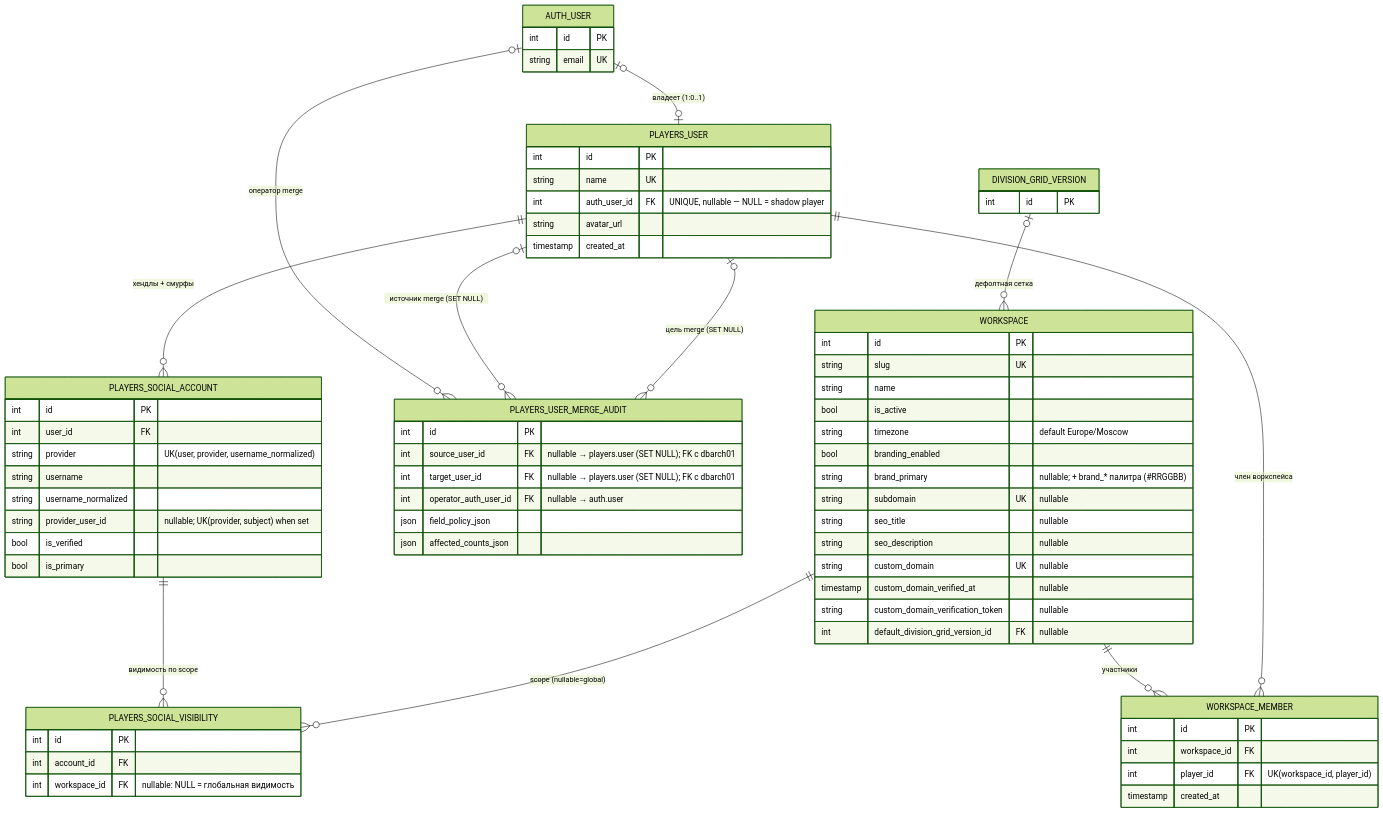
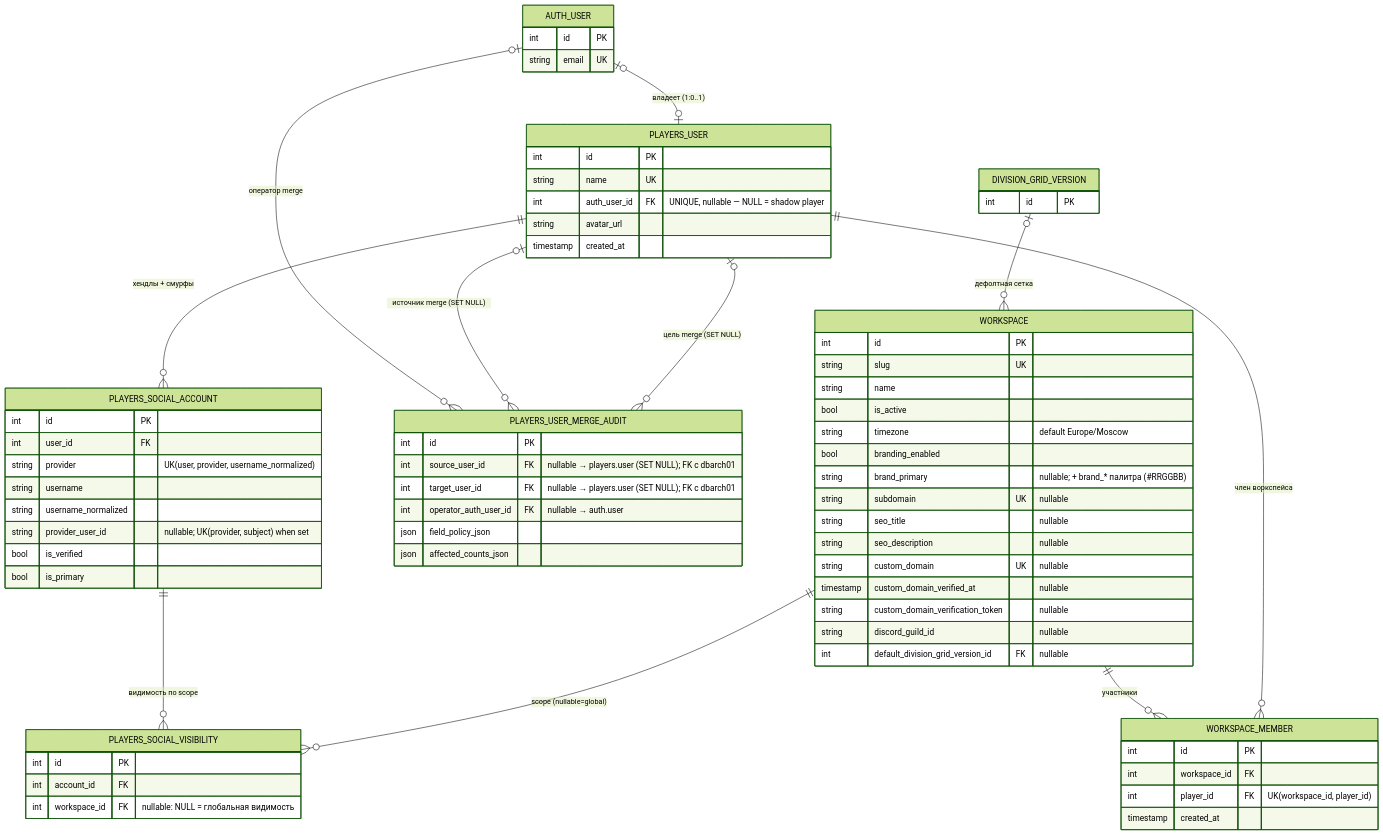
The third of 13 diagrams in docs/database_erd.md (CraazzzyyFoxx/anak-tournaments), drawn with Mermaid (forest theme) before and after one commit. The commit also changed other lines of this file and 4 other files, not shown here.

Commit message:
docs: record the workspace discord guild

````diff
--- a/docs/database_erd.md
+++ b/docs/database_erd.md
@@ -248,73 +248,74 @@
 ```mermaid
 erDiagram
     AUTH_USER {
         int id PK
         string email UK
     }
     PLAYERS_USER {
         int id PK
         string name UK
         int auth_user_id FK "UNIQUE, nullable — NULL = shadow player"
         string avatar_url
         timestamp created_at
     }
     PLAYERS_SOCIAL_ACCOUNT {
         int id PK
         int user_id FK
         string provider "UK(user, provider, username_normalized)"
         string username
         string username_normalized
         string provider_user_id "nullable; UK(provider, subject) when set"
         bool is_verified
         bool is_primary
     }
     PLAYERS_SOCIAL_VISIBILITY {
         int id PK
         int account_id FK
         int workspace_id FK "nullable: NULL = глобальная видимость"
     }
     PLAYERS_USER_MERGE_AUDIT {
         int id PK
         int source_user_id FK "nullable → players.user (SET NULL); FK с dbarch01"
         int target_user_id FK "nullable → players.user (SET NULL); FK с dbarch01"
         int operator_auth_user_id FK "nullable → auth.user"
         json field_policy_json
         json affected_counts_json
     }
     WORKSPACE {
         int id PK
         string slug UK
         string name
         bool is_active
         string timezone "default Europe/Moscow"
         bool branding_enabled
         string brand_primary "nullable; + brand_* палитра (#RRGGBB)"
         string subdomain UK "nullable"
         string seo_title "nullable"
         string seo_description "nullable"
         string custom_domain UK "nullable"
         timestamp custom_domain_verified_at "nullable"
         string custom_domain_verification_token "nullable"
+        string discord_guild_id "nullable"
         int default_division_grid_version_id FK "nullable"
     }
     WORKSPACE_MEMBER {
         int id PK
         int workspace_id FK
         int player_id FK "UK(workspace_id, player_id)"
         timestamp created_at
     }
     DIVISION_GRID_VERSION {
         int id PK
     }
 
     AUTH_USER |o--o| PLAYERS_USER : "владеет (1:0..1)"
     PLAYERS_USER ||--o{ PLAYERS_SOCIAL_ACCOUNT : "хендлы + смурфы"
     PLAYERS_SOCIAL_ACCOUNT ||--o{ PLAYERS_SOCIAL_VISIBILITY : "видимость по scope"
     WORKSPACE ||--o{ PLAYERS_SOCIAL_VISIBILITY : "scope (nullable=global)"
     AUTH_USER |o--o{ PLAYERS_USER_MERGE_AUDIT : "оператор merge"
     PLAYERS_USER |o--o{ PLAYERS_USER_MERGE_AUDIT : "источник merge (SET NULL)"
     PLAYERS_USER |o--o{ PLAYERS_USER_MERGE_AUDIT : "цель merge (SET NULL)"
     WORKSPACE ||--o{ WORKSPACE_MEMBER : "участники"
     PLAYERS_USER ||--o{ WORKSPACE_MEMBER : "член воркспейса"
     DIVISION_GRID_VERSION |o--o{ WORKSPACE : "дефолтная сетка"
 ```
````
